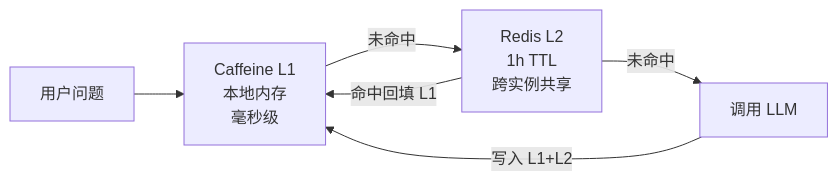
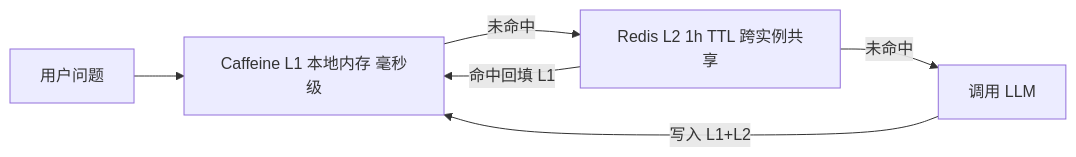
Before and after one commit to zhenkunwen/customer-service: the fifth of 6 diagrams in README.md, drawn with Mermaid. The commit also changed other lines of this file, not shown here.

First line of the commit message:
fix: escape special chars in Mermaid diagrams for GitHub rendering

````diff
--- a/README.md
+++ b/README.md
@@ -158,8 +204,8 @@
 ```mermaid
 flowchart LR
-    Req[用户问题] --> L1[Caffeine L1<br/>本地内存<br/>毫秒级]
-    L1 -->|未命中| L2[Redis L2<br/>1h TTL<br/>跨实例共享]
-    L2 -->|命中回填 L1| L1
-    L2 -->|未命中| LLM[调用 LLM]
-    LLM -->|写入 L1+L2| L1
+    Req["用户问题"] --> L1["Caffeine L1 本地内存 毫秒级"]
+    L1 -->|"未命中"| L2["Redis L2 1h TTL 跨实例共享"]
+    L2 -->|"命中回填 L1"| L1
+    L2 -->|"未命中"| LLM["调用 LLM"]
+    LLM -->|"写入 L1+L2"| L1
 ```
````
